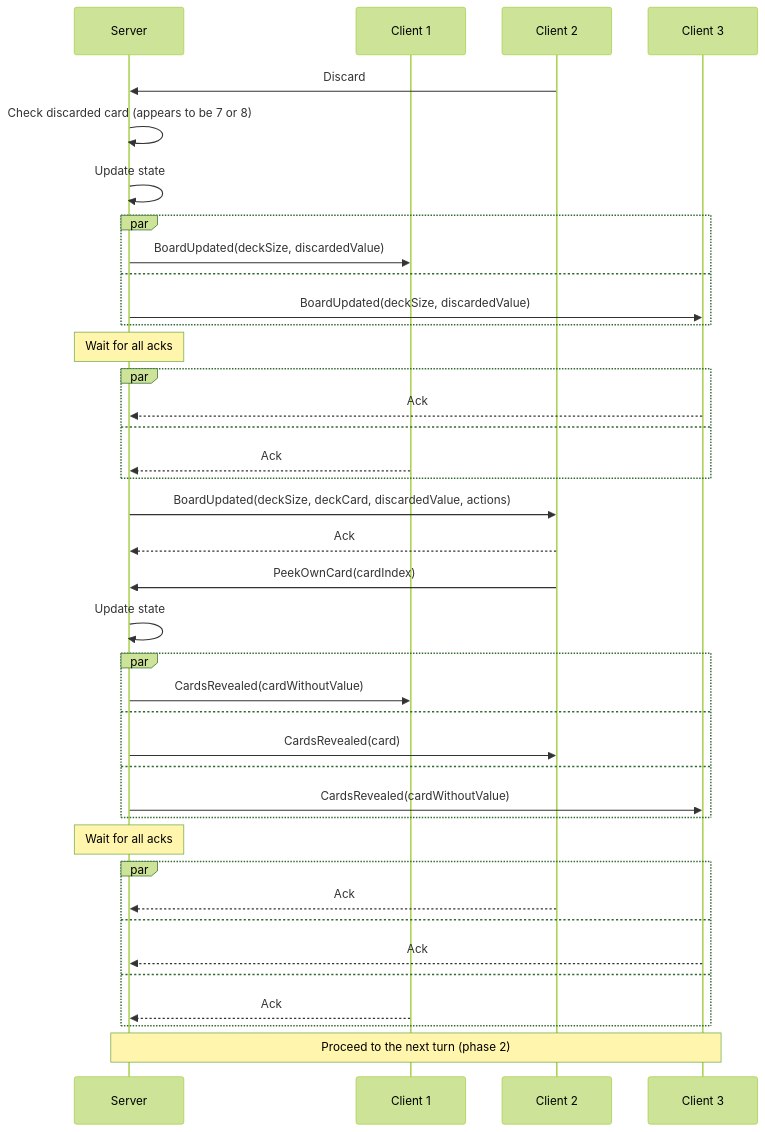
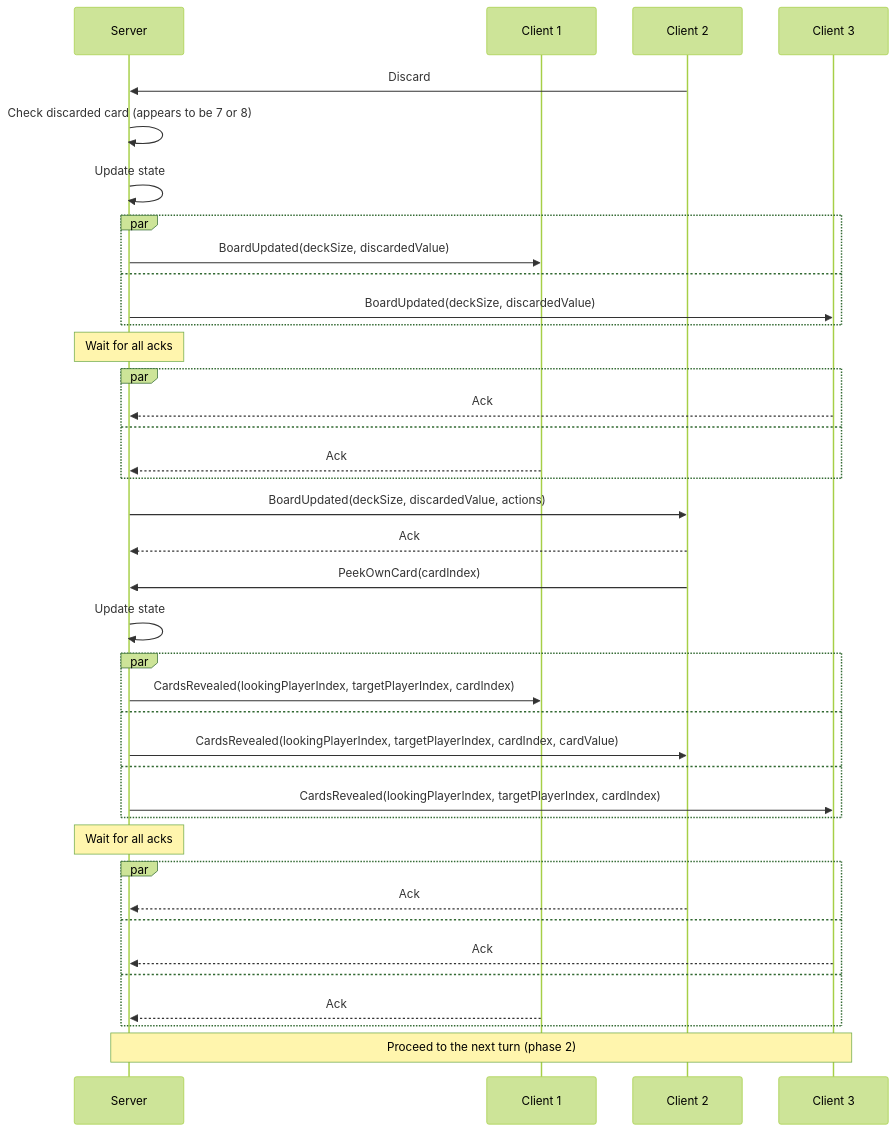
Before and after one commit to roman-zubarevich/another: diagram 11 of 15 in docs/GAME.md, drawn with Mermaid (forest theme). The commit also changed other lines of this file, not shown here.

````diff
--- a/docs/GAME.md
+++ b/docs/GAME.md
@@ -316,41 +316,41 @@
 ```mermaid
 sequenceDiagram
     participant S as Server
     participant C1 as Client 1
     participant C2 as Client 2
     participant C3 as Client 3
     C2->>S: Discard
     S->>S: Check discarded card (appears to be 7 or 8)
     S->>S: Update state
     par
         S->>C1: BoardUpdated(deckSize, discardedValue)
     and
         S->>C3: BoardUpdated(deckSize, discardedValue)
     end
     Note over S: Wait for all acks
     par
         C3-->>S: Ack
     and
         C1-->>S: Ack
     end
-    S->>C2: BoardUpdated(deckSize, deckCard, discardedValue, actions)
+    S->>C2: BoardUpdated(deckSize, discardedValue, actions)
     C2-->>S: Ack
     C2->>S: PeekOwnCard(cardIndex)
     S->>S: Update state
     par
-        S->>C1: CardsRevealed(cardWithoutValue)
+        S->>C1: CardsRevealed(lookingPlayerIndex, targetPlayerIndex, cardIndex)
     and
-        S->>C2: CardsRevealed(card)
+        S->>C2: CardsRevealed(lookingPlayerIndex, targetPlayerIndex, cardIndex, cardValue)
     and
-        S->>C3: CardsRevealed(cardWithoutValue)
+        S->>C3: CardsRevealed(lookingPlayerIndex, targetPlayerIndex, cardIndex)
     end
     Note over S: Wait for all acks
     par
         C2-->>S: Ack
     and
         C3-->>S: Ack
     and
         C1-->>S: Ack
     end
     Note over S,C3: Proceed to the next turn (phase 2)
 ```
````
